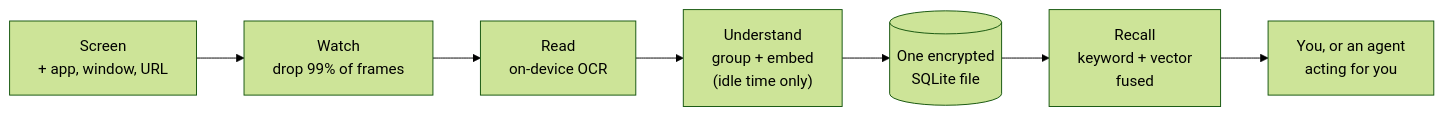
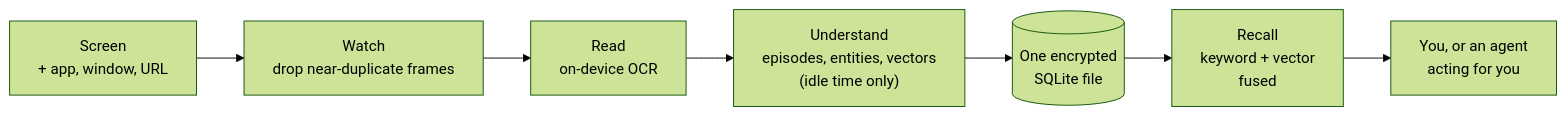
Before and after one commit to amyjainberkeley/hippocampus: the diagram in README.md, drawn with Mermaid (forest theme). The commit also changed other lines of this file and 14 other files, not shown here.

````diff
--- a/README.md
+++ b/README.md
@@ -285,9 +113,9 @@
 ```mermaid
 flowchart LR
-    A["Screen<br/>+ app, window, URL"] --> B["Watch<br/>drop 99% of frames"]
+    A["Screen<br/>+ app, window, URL"] --> B["Watch<br/>drop near-duplicate frames"]
     B --> C["Read<br/>on-device OCR"]
-    C --> D["Understand<br/>group + embed<br/>(idle time only)"]
+    C --> D["Understand<br/>episodes, entities, vectors<br/>(idle time only)"]
     D --> E[("One encrypted<br/>SQLite file")]
     E --> F["Recall<br/>keyword + vector<br/>fused"]
     F --> G["You, or an agent<br/>acting for you"]
 ```
````
